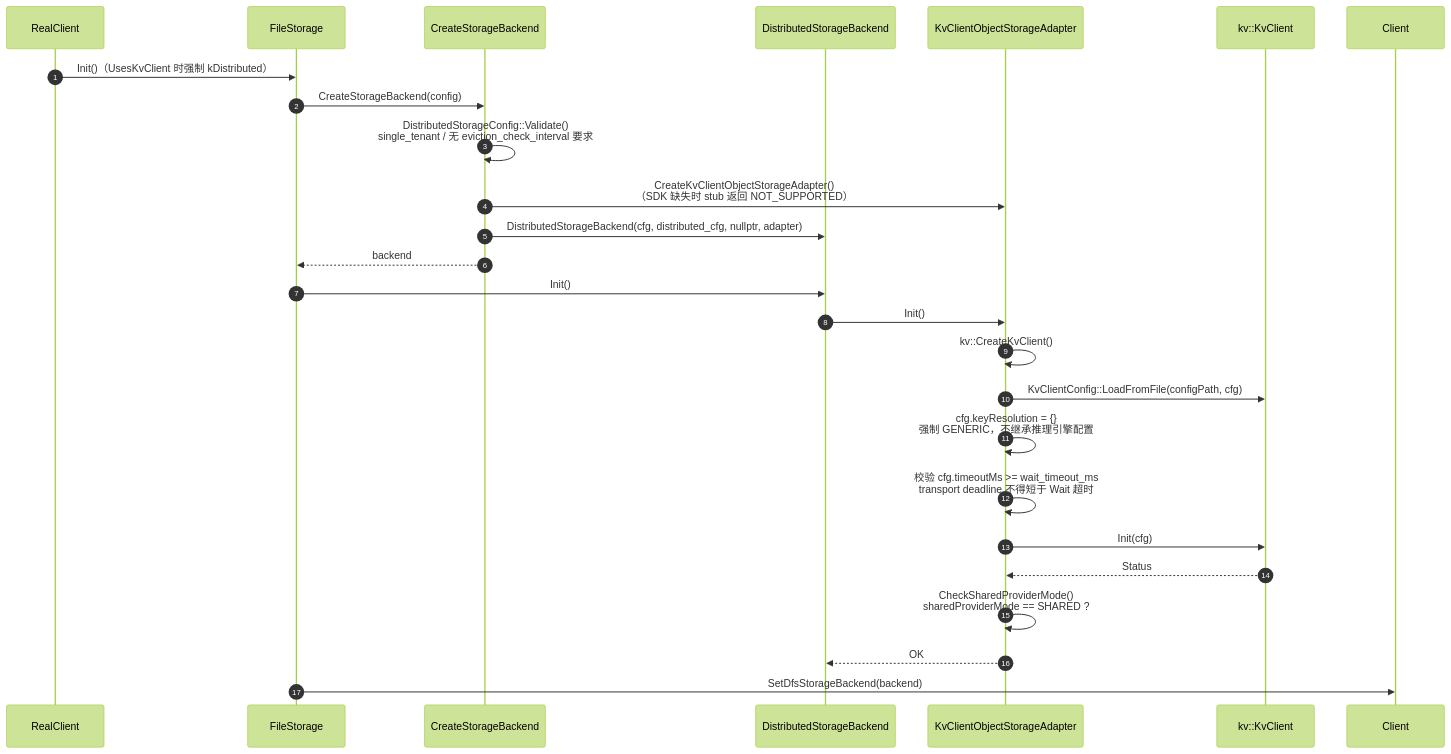
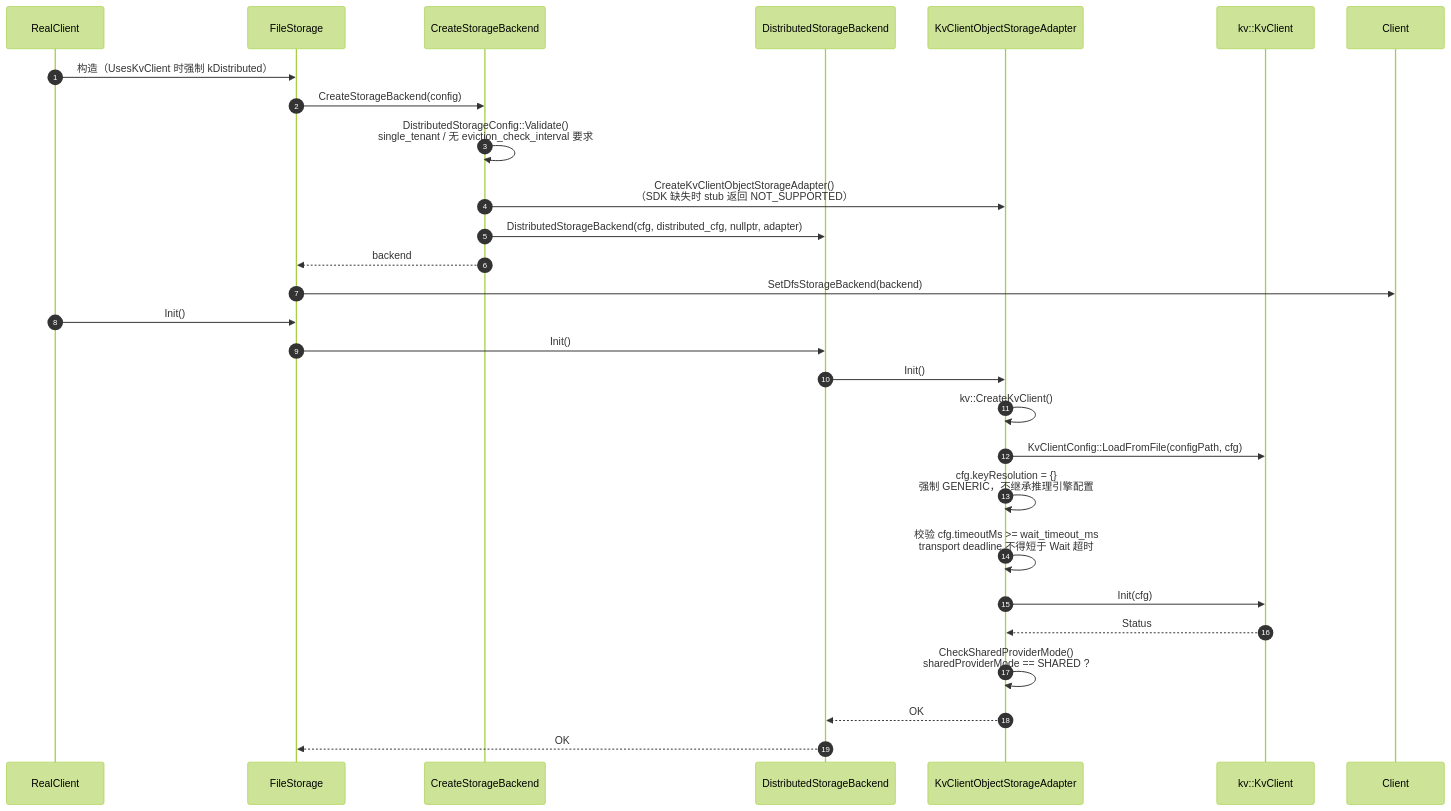
The eighth of 13 diagrams in Mooncake + KVClient L3 接入（Kvcs）- v3.md (zwj20000328-dotcom/Mooncake-documents), drawn with Mermaid (forest theme) before and after one commit. The commit also changed other lines of this file, not shown here.

````diff
--- a/Mooncake + KVClient L3 接入（Kvcs）- v3.md
+++ b/Mooncake + KVClient L3 接入（Kvcs）- v3.md
@@ -561,29 +561,31 @@
 ```mermaid
 sequenceDiagram
     autonumber
     participant RC as RealClient
     participant FS as FileStorage
     participant F as CreateStorageBackend
     participant BE as DistributedStorageBackend
     participant AD as KvClientObjectStorageAdapter
     participant SDK as kv::KvClient
     participant C as Client
 
-    RC->>FS: Init()（UsesKvClient 时强制 kDistributed）
+    RC->>FS: 构造（UsesKvClient 时强制 kDistributed）
     FS->>F: CreateStorageBackend(config)
     F->>F: DistributedStorageConfig::Validate()<br/>single_tenant / 无 eviction_check_interval 要求
     F->>AD: CreateKvClientObjectStorageAdapter()<br/>（SDK 缺失时 stub 返回 NOT_SUPPORTED）
     F->>BE: DistributedStorageBackend(cfg, distributed_cfg, nullptr, adapter)
     F-->>FS: backend
+    FS->>C: SetDfsStorageBackend(backend)
+    RC->>FS: Init()
     FS->>BE: Init()
     BE->>AD: Init()
     AD->>AD: kv::CreateKvClient()
     AD->>SDK: KvClientConfig::LoadFromFile(configPath, cfg)
     AD->>AD: cfg.keyResolution = {}<br/>强制 GENERIC，不继承推理引擎配置
     AD->>AD: 校验 cfg.timeoutMs >= wait_timeout_ms<br/>transport deadline 不得短于 Wait 超时
     AD->>SDK: Init(cfg)
     SDK-->>AD: Status
     AD->>AD: CheckSharedProviderMode()<br/>sharedProviderMode == SHARED ?
     AD-->>BE: OK
-    FS->>C: SetDfsStorageBackend(backend)
+    BE-->>FS: OK
 ```
````
